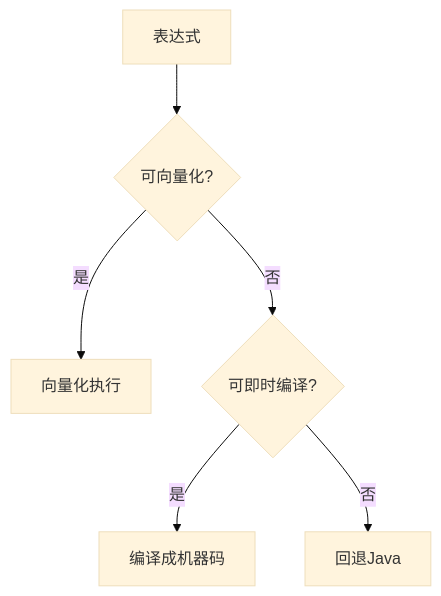
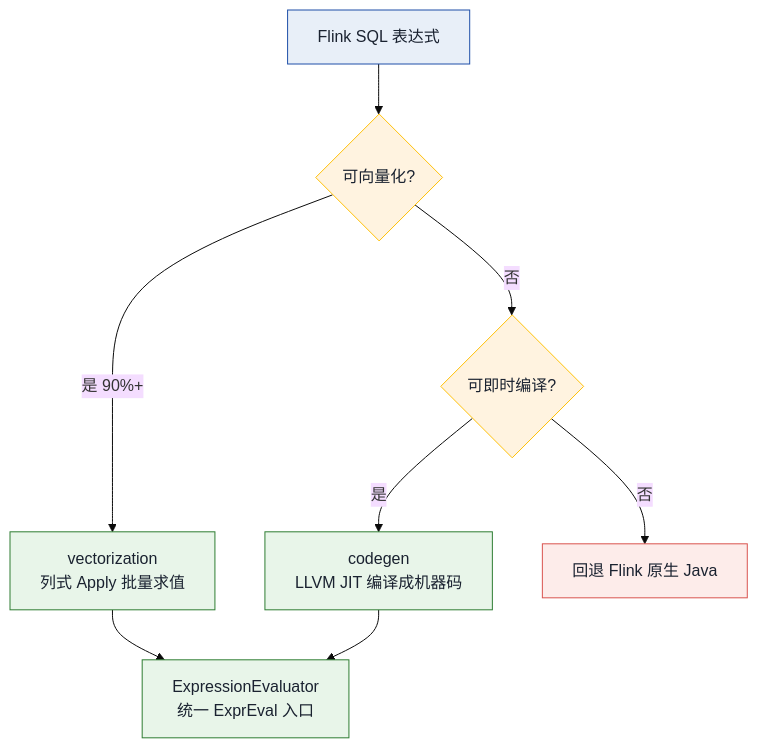
One commit to int2t05/internship changed the third of 13 diagrams in manuscript.md. Above: the diagram before and after it, drawn with Mermaid (base theme). The commit also changed other lines of this file and 13 other files, not shown here.

Commit message:
改进图片

````diff
--- a/manuscript.md
+++ b/manuscript.md
@@ -168,8 +202,18 @@
 ```mermaid
 flowchart TD
-    E[表达式] --> P{可向量化?}
-    P -->|是| V[向量化执行]
+    E["Flink SQL 表达式"] --> P{可向量化?}
+    P -->|是 90%+| V["vectorization<br/>列式 Apply 批量求值"]
     P -->|否| C{可即时编译?}
-    C -->|是| G[编译成机器码]
-    C -->|否| J[回退Java]
+    C -->|是| G["codegen<br/>LLVM JIT 编译成机器码"]
+    C -->|否| J["回退 Flink 原生 Java"]
+    G --> M["ExpressionEvaluator<br/>统一 ExprEval 入口"]
+    V --> M
+    classDef start fill:#E8EFF8,stroke:#1E4FA8,color:#1A2230
+    classDef dec fill:#FFF3E0,stroke:#FFC107,color:#1A2230
+    classDef ok fill:#E8F5E9,stroke:#2E7D32,color:#1A2230
+    classDef bad fill:#FDECEA,stroke:#D9534F,color:#1A2230
+    class E start
+    class P,C dec
+    class V,G,M ok
+    class J bad
 ```
````
